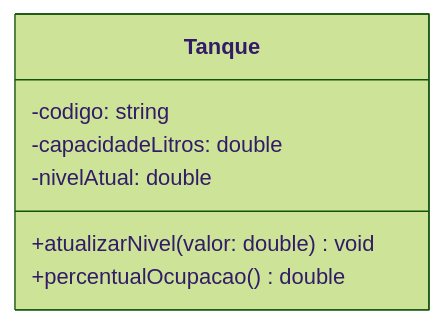
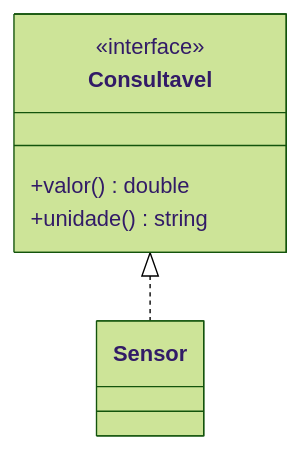
One commit to rafaelrezo/curso-poo changed the seventh of 7 diagrams in docs/modelagem_analise_codigo/index.md. Above: the diagram before and after it, drawn with Mermaid (forest theme). The commit also changed other lines of this file and 56 other files, not shown here.

````diff
--- a/docs/modelagem_analise_codigo/index.md
+++ b/docs/modelagem_analise_codigo/index.md
@@ -565,10 +203,9 @@
-``` mermaid
+```mermaid
 classDiagram
-    class Tanque {
-        -codigo: string
-        -capacidadeLitros: double
-        -nivelAtual: double
-        +atualizarNivel(valor: double) void
-        +percentualOcupacao() double
+    class Consultavel {
+        <<interface>>
+        +valor() double
+        +unidade() string
     }
+    Consultavel <|.. Sensor
 ```
````
